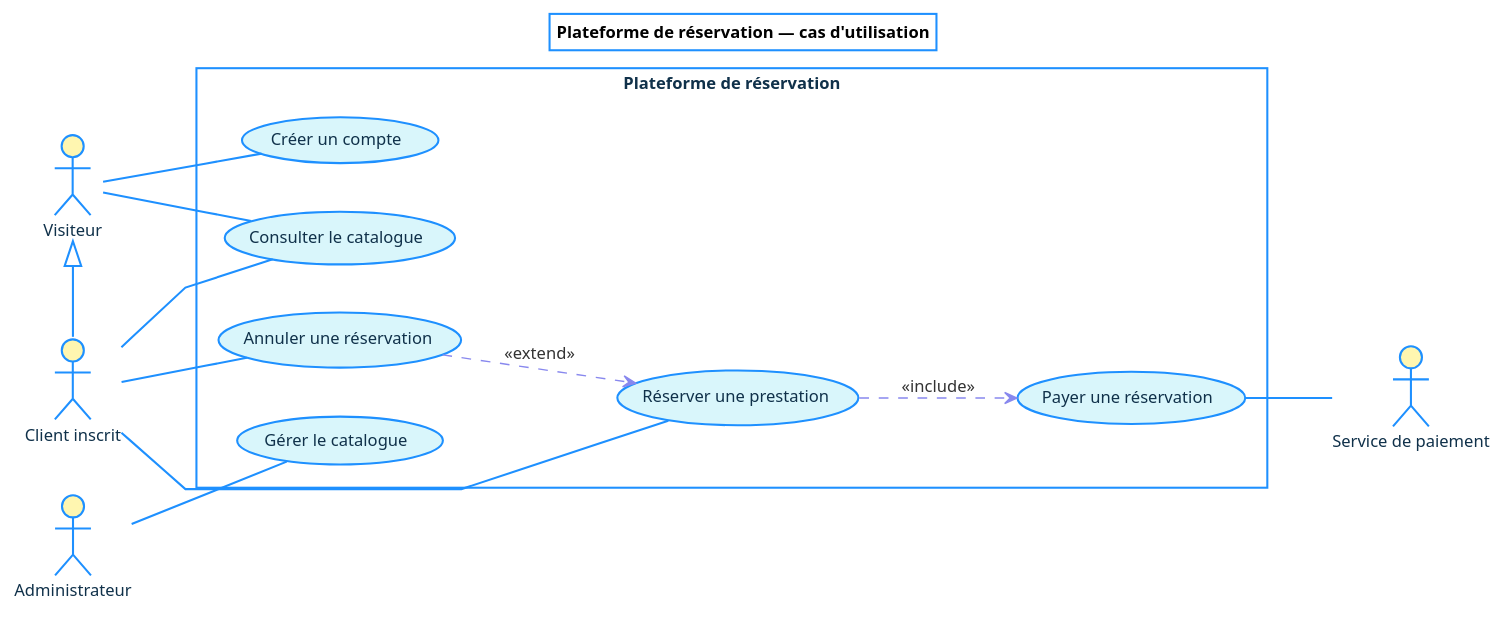
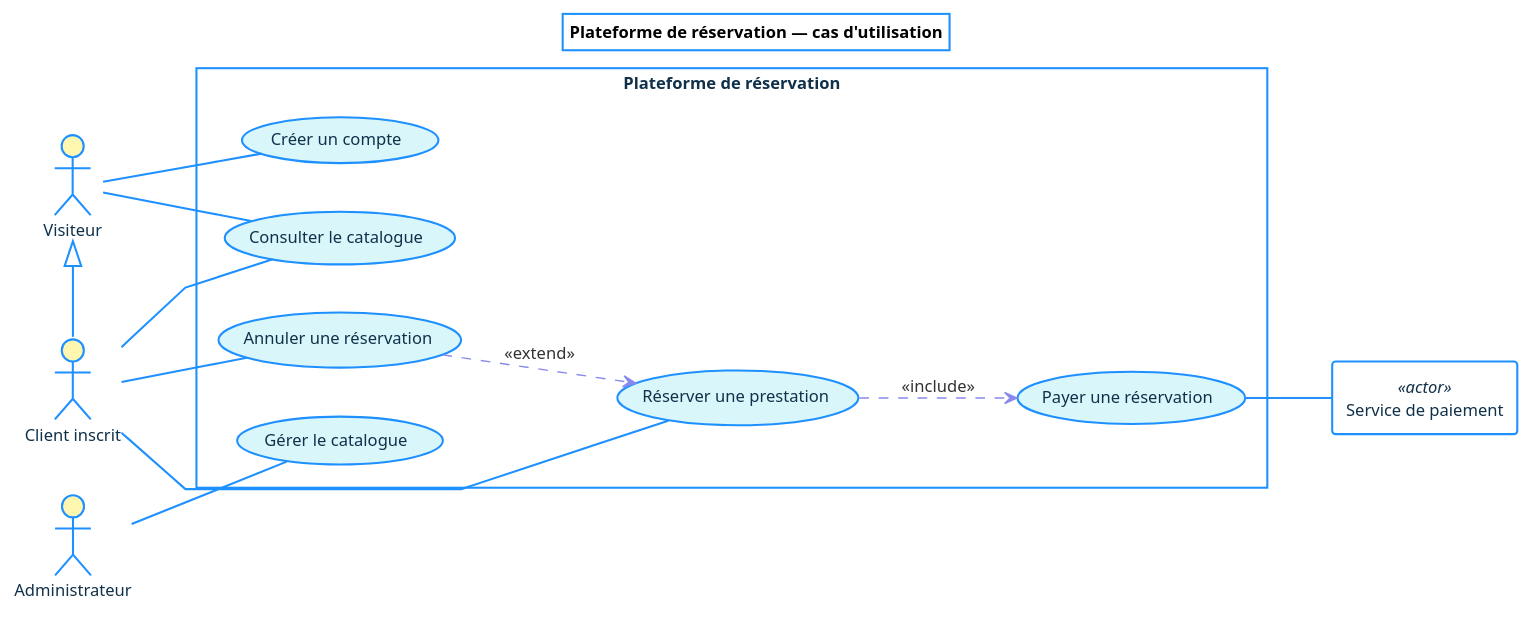
Before and after one commit to STALKER1709/PLANTUMLStudio: the diagram in templates/08-diagramme-cas-utilisation.puml, drawn with PlantUML. The commit also changed 15 other files, not shown here.

First line of the commit message:
Impose la disposition des acteurs aux diagrammes de cas d'utilisation

```diff
--- a/templates/08-diagramme-cas-utilisation.puml
+++ b/templates/08-diagramme-cas-utilisation.puml
@@ -3,111 +3,120 @@
 @startuml
 title Plateforme de réservation — cas d'utilisation
 
 ' ── Formalisme commun — voir docs/formalisme.md ──────────────────────
 ' Palette : fond cyan clair, bordures et flèches bleues, têtes d'acteurs
 ' en jaune pâle. Les états initiaux et finaux restent des cercles pleins.
 <style>
 root {
   FontName "Segoe UI"
   FontSize 12
   BackGroundColor #FFFFFF
   LineColor #1E90FF
   LineThickness 1.5
 }
 element {
   BackGroundColor #D9F6FB
   LineColor #1E90FF
   FontColor #10314A
 }
 arrow {
   LineColor #1E90FF
   FontColor #333333
 }
 activityDiagram {
   circle {
     BackGroundColor #1E90FF
     LineColor #1E90FF
   }
 }
 stateDiagram {
   circle {
     BackGroundColor #1E90FF
     LineColor #1E90FF
   }
 }
 </style>
 skinparam shadowing false
 ' Tracés en segments droits, brisés là où il le faut pour contourner un
 ' élément. Le routage orthogonal (« linetype ortho ») aligne au contraire les
 ' liens sur des couloirs communs : mesuré sur 128 liens de 17 diagrammes, il
 ' produit 9 croisements et 5 frôlements, contre 6 et 4 ici. Pour le retrouver
 ' malgré tout, remplacez « polyline » par « ortho » ci-dessous.
 ' Cette directive exige Graphviz ; le moteur Smetana l'ignore et trace des
 ' courbes, sans que le diagramme cesse d'être correct.
 skinparam linetype polyline
 ' Les conteneurs (cadre système, paquetages, nœuds) restent transparents :
 ' seuls les éléments qu'ils portent sont colorés, comme dans le formalisme de
 ' référence.
 skinparam rectangleBackgroundColor transparent
 skinparam packageBackgroundColor transparent
 skinparam nodeBackgroundColor transparent
 skinparam folderBackgroundColor transparent
 skinparam frameBackgroundColor transparent
 skinparam cloudBackgroundColor transparent
 skinparam actorBackgroundColor #FFF6B0
 skinparam actorBorderColor #1E90FF
 ' Marqueurs de visibilité littéraux + - # plutôt que des icônes colorées
 skinparam classAttributeIconSize 0
 ' « Il est représenté par un dossier avec son nom à l'intérieur »
 skinparam packageStyle folder
 ' Pointes de flèches UML strictes : synchrone, asynchrone, retour
 skinparam style strictuml
 
 left to right direction
 
 ' Un acteur est un élément externe qui joue un rôle dans le système.
-' « together » maintient les acteurs principaux sur un même axe vertical :
-' sans lui, PlantUML les disperse au gré des liens.
+' Les acteurs PRINCIPAUX vont à gauche, les SECONDAIRES à droite.
+' « together » maintient les principaux sur un même axe vertical : sans lui,
+' PlantUML les disperse au gré des liens.
 together {
   actor "Visiteur" as Visiteur
   actor "Client inscrit" as Client
   actor "Administrateur" as Admin
 }
-actor "Service de paiement" as Paiement
+
+' Un acteur secondaire est un système, pas une personne : la notation UML le
+' dessine en rectangle stéréotypé plutôt qu'en bonhomme filaire.
+rectangle "Service de paiement" as Paiement <<actor>>
 
 ' Le système est le cadre délimitant l'espace étudié ; son nom figure en haut
 ' et tous les cas d'utilisation se trouvent à l'intérieur.
 rectangle "Plateforme de réservation" {
   ' Un cas d'utilisation est une ellipse, libellée verbe à l'infinitif + objet.
   usecase "Consulter le catalogue" as UC1
   usecase "Créer un compte" as UC2
   usecase "Réserver une prestation" as UC3
   usecase "Payer une réservation" as UC4
   usecase "Annuler une réservation" as UC5
   usecase "Gérer le catalogue" as UC6
 }
 
 ' Association : trait simple reliant un acteur à un cas d'utilisation.
+' Le SENS D'ÉCRITURE décide du côté : sous « left to right direction »,
+' Graphviz place la cible d'une association à droite de sa source. Un acteur
+' principal s'écrit donc à gauche du trait — « acteur -- cas » —, un acteur
+' secondaire à droite — « cas -- acteur ». Inverser une seule de ces lignes
+' fait basculer l'acteur de l'autre côté du diagramme.
 Visiteur -- UC1
 Visiteur -- UC2
 Client -- UC1
 Client -- UC3
 Client -- UC5
 Admin -- UC6
 UC4 -- Paiement
 
 ' Généralisation entre acteurs : le client inscrit fait tout ce que fait le
 ' visiteur, et davantage. Flèche allant de l'héritier vers l'hérité.
 ' « [norank] » dessine le lien sans lui laisser imposer un rang : sans cela,
 ' il extrait le visiteur de la colonne des acteurs.
 Visiteur <|-[norank]- Client
 
 ' Relations entre cas d'utilisation : flèche à traits interrompus.
 ' Les relations entre cas d'utilisation se distinguent des associations
 ' acteur-cas par leur teinte lavande.
 ' <<include>> : le paiement fait toujours partie de la réservation.
 UC3 .[#8888EE].> UC4 : <<include>>
 ' <<extend>> : l'annulation n'intervient que dans certains cas.
 UC5 .[#8888EE].> UC3 : <<extend>>
 
 @enduml
```
